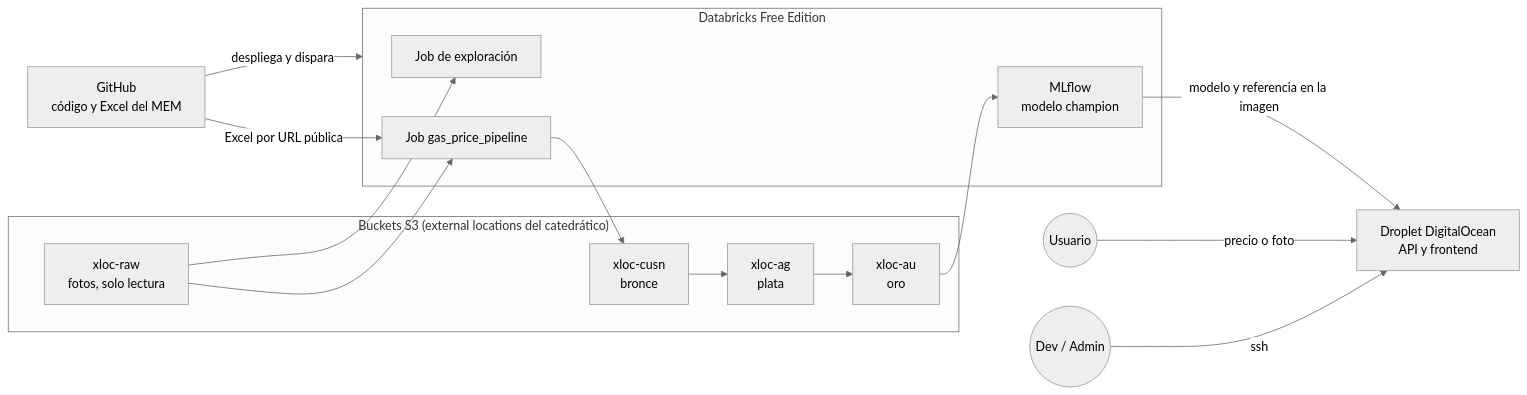
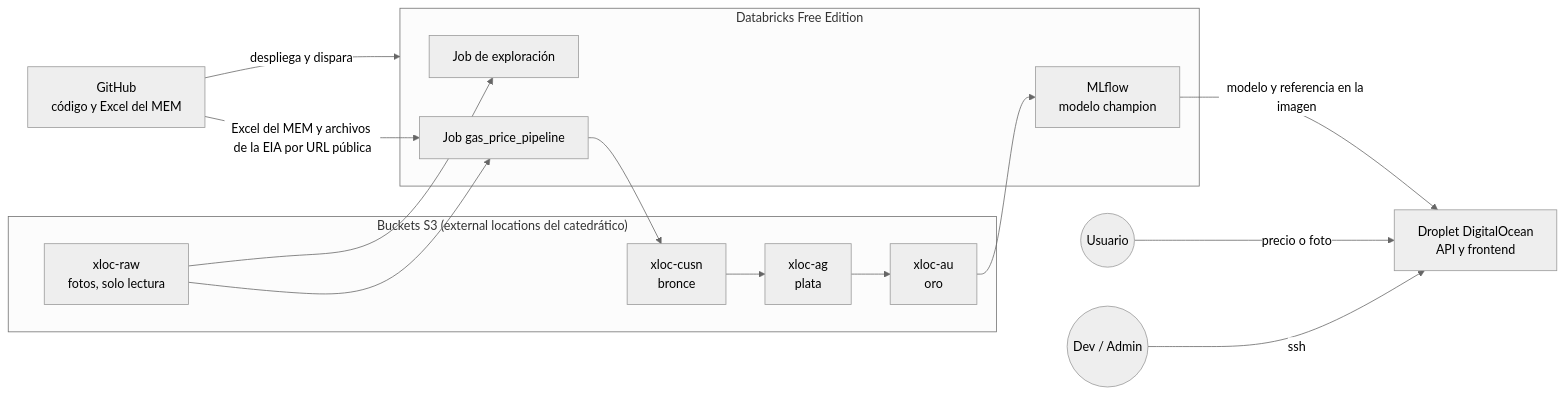
The first of 2 diagrams in docs/arquitectura/arquitectura.md (chuy-zip/MLOPS_GAS_PRICES_PROJECT), drawn with Mermaid (neutral theme) before and after one commit. The commit also changed other lines of this file and 20 other files, not shown here.

Commit message:
Agrega lectores del MEM y la EIA, tests de no empeorar y script de Unity Catalog

````diff
--- a/docs/arquitectura/arquitectura.md
+++ b/docs/arquitectura/arquitectura.md
@@ -5,25 +5,25 @@
 ```mermaid
 flowchart LR
     subgraph S3["Buckets S3 (external locations del catedrático)"]
         RAW["xloc-raw<br/>fotos, solo lectura"]
         BR["xloc-cusn<br/>bronce"]
         PL["xloc-ag<br/>plata"]
         OR["xloc-au<br/>oro"]
     end
 
     subgraph DBX["Databricks Free Edition"]
         EXP["Job de exploración"]
         JOB["Job gas_price_pipeline"]
         MLF["MLflow<br/>modelo champion"]
     end
 
     GH["GitHub<br/>código y Excel del MEM"] -- "despliega y dispara" --> DBX
-    GH -- "Excel por URL pública" --> JOB
+    GH -- "Excel del MEM y archivos de la EIA por URL pública" --> JOB
     RAW --> EXP
     RAW --> JOB
     JOB --> BR --> PL --> OR
     OR --> MLF
     MLF -- "modelo y referencia en la imagen" --> DROP["Droplet DigitalOcean<br/>API y frontend"]
     USER(("Usuario")) -- "precio o foto" --> DROP
     DEV(("Dev / Admin")) -- "ssh" --> DROP
 ```
````
